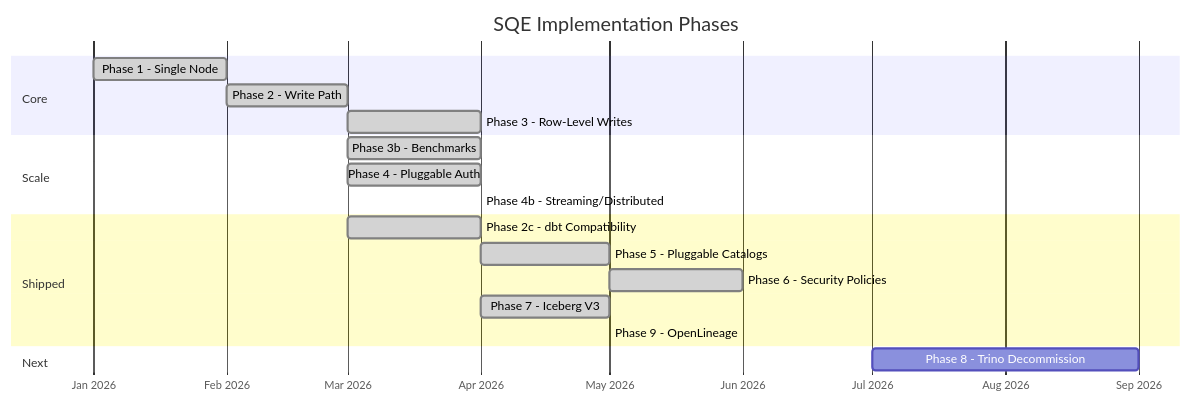
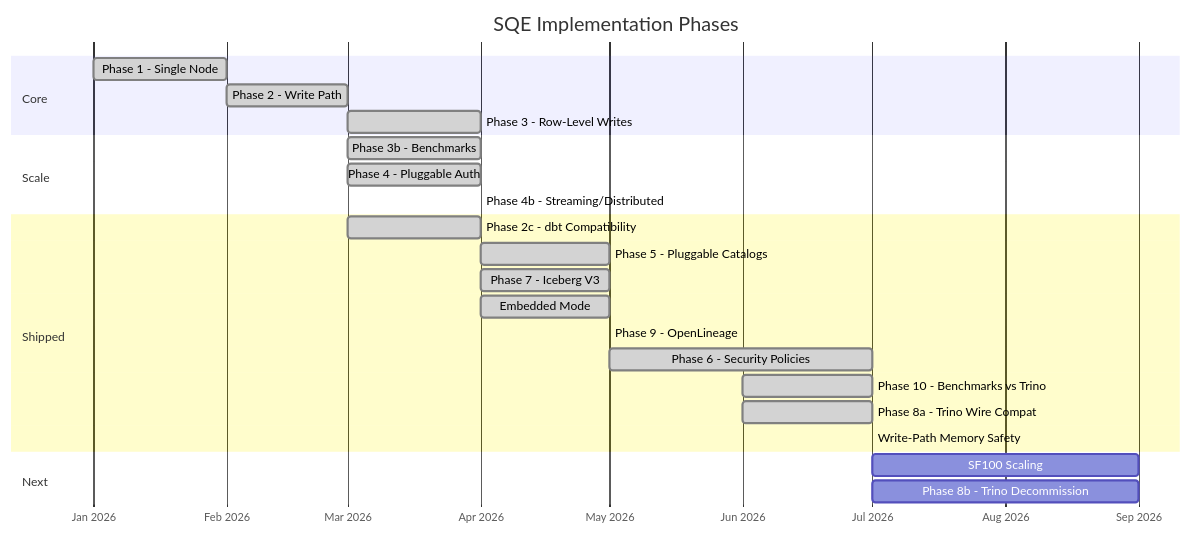
Before and after one commit to schubergphilis/sqe: the first of 3 diagrams in docs/site/book/src/development/roadmap.md, drawn with Mermaid. The commit also changed other lines of this file and 1 other file, not shown here.

First line of the commit message:
docs(roadmap): sweep roadmap up to July 2026 shipped features

````diff
--- a/docs/site/book/src/development/roadmap.md
+++ b/docs/site/book/src/development/roadmap.md
@@ -7,26 +7,31 @@
 ```mermaid
 gantt
     title SQE Implementation Phases
     dateFormat YYYY-MM
     axisFormat %b %Y
 
     section Core
     Phase 1 - Single Node        :done, p1, 2026-01, 2026-02
     Phase 2 - Write Path         :done, p2, 2026-02, 2026-03
     Phase 3 - Row-Level Writes   :done, p3, 2026-03, 2026-04
 
     section Scale
     Phase 3b - Benchmarks        :done, p3b, 2026-03, 2026-04
     Phase 4 - Pluggable Auth     :done, p4, 2026-03, 2026-04
     Phase 4b - Streaming/Distributed :done, p4b, 2026-04, 2026-04
 
     section Shipped
     Phase 2c - dbt Compatibility :done, p2c, 2026-03, 2026-04
     Phase 5 - Pluggable Catalogs :done, p5, 2026-04, 2026-05
-    Phase 6 - Security Policies  :done, p6, 2026-05, 2026-06
     Phase 7 - Iceberg V3         :done, p7, 2026-04, 2026-05
+    Embedded Mode                :done, emb, 2026-04, 2026-05
     Phase 9 - OpenLineage        :done, p9, 2026-05, 2026-05
+    Phase 6 - Security Policies  :done, p6, 2026-05, 2026-07
+    Phase 10 - Benchmarks vs Trino :done, p10, 2026-06, 2026-07
+    Phase 8a - Trino Wire Compat :done, p8a, 2026-06, 2026-07
+    Write-Path Memory Safety     :done, wms, 2026-07, 2026-07
 
     section Next
-    Phase 8 - Trino Decommission :p8, 2026-07, 2026-09
+    SF100 Scaling                :sf100, 2026-07, 2026-09
+    Phase 8b - Trino Decommission :p8b, 2026-07, 2026-09
 ```
````
